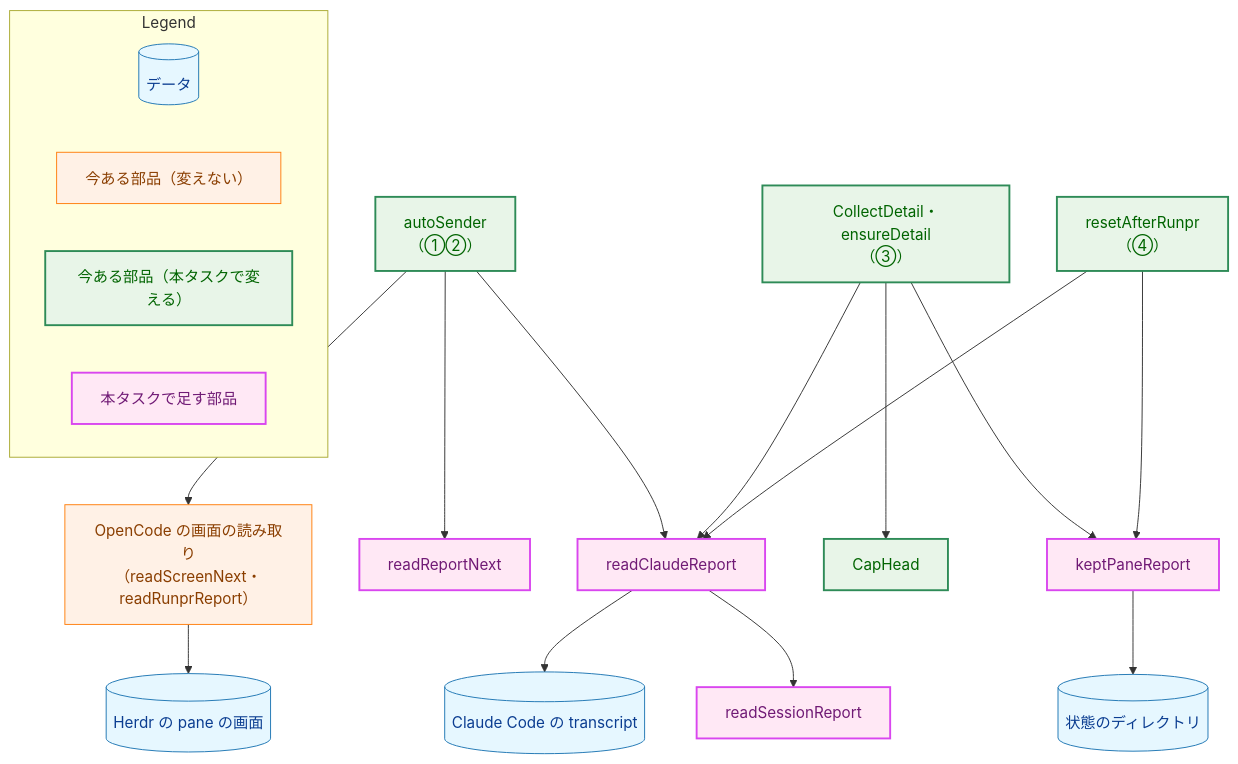
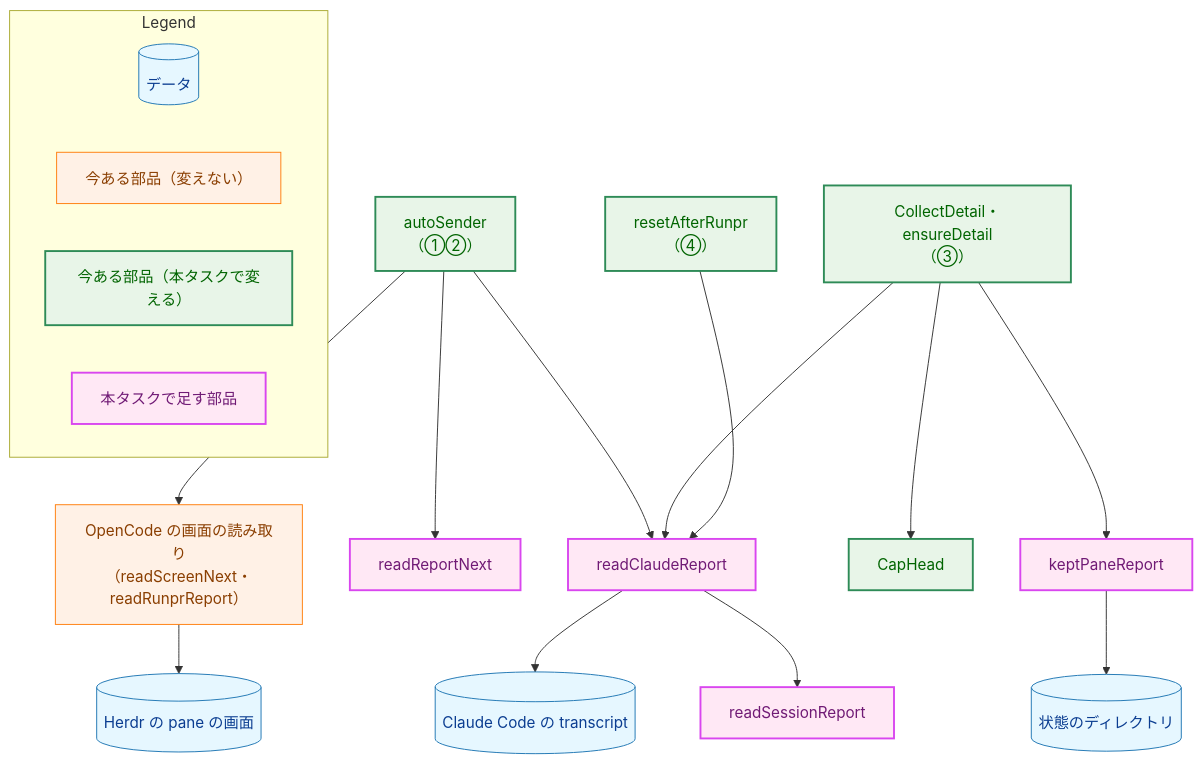
One commit to isseis/yt2column changed the second of 7 diagrams in docs/tasks/0095_chief_transcript_report/02_architecture.md. Above: the diagram before and after it, drawn with Mermaid. The commit also changed other lines of this file and 1 other file, not shown here.

````diff
--- a/docs/tasks/0095_chief_transcript_report/02_architecture.md
+++ b/docs/tasks/0095_chief_transcript_report/02_architecture.md
@@ -135,49 +135,48 @@
 ```mermaid
 flowchart TB
     classDef data fill:#e6f7ff,stroke:#1f77b4,stroke-width:1px,color:#0b3d91;
     classDef process fill:#fff1e6,stroke:#ff7f0e,stroke-width:1px,color:#8a3e00;
     classDef enhanced fill:#e8f5e8,stroke:#2e8b57,stroke-width:2px,color:#006400;
     classDef newpkg fill:#ffe8f5,stroke:#d946ef,stroke-width:2px,color:#701a75;
 
     AUTO["autoSender<br>（①②）"]
     DETAIL["CollectDetail・ensureDetail<br>（③）"]
     RESET["resetAfterRunpr<br>（④）"]
     ENTRY["readClaudeReport"]
     PARSE["readSessionReport"]
     RNEXT["readReportNext"]
     KEPT["keptPaneReport"]
     CAP["CapHead"]
     SCREEN["OpenCode の画面の読み取り<br>（readScreenNext・readRunprReport）"]
     FILE[("Claude Code の transcript")]
     HERDR[("Herdr の pane の画面")]
     RECS[("状態のディレクトリ")]
 
     AUTO --> ENTRY
     AUTO --> RNEXT
     AUTO --> SCREEN
     DETAIL --> ENTRY
     DETAIL --> KEPT
     DETAIL --> CAP
     RESET --> ENTRY
-    RESET --> KEPT
     ENTRY --> PARSE
     ENTRY --> FILE
     SCREEN --> HERDR
     KEPT --> RECS
 
     class FILE,HERDR,RECS data
     class SCREEN process
     class AUTO,DETAIL,RESET,CAP enhanced
     class ENTRY,PARSE,RNEXT,KEPT newpkg
 
     subgraph Legend["Legend"]
         L1[("データ")]
         L2["今ある部品（変えない）"]
         L3["今ある部品（本タスクで変える）"]
         L4["本タスクで足す部品"]
     end
     class L1 data
     class L2 process
     class L3 enhanced
     class L4 newpkg
 ```
````
